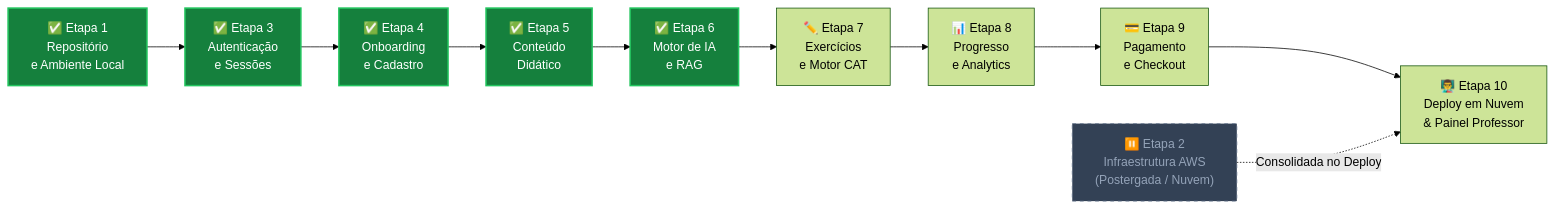
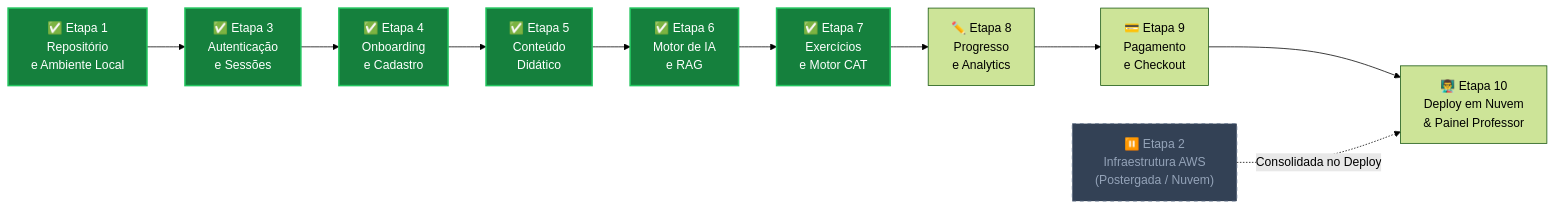
The first of 2 diagrams in docs-site/docs/implementation/index.md (SiadeLucas/Tutor-Inteligente), drawn with Mermaid (forest theme) before and after one commit. The commit also changed other lines of this file and 38 other files, not shown here.

Commit message:
feat: etapa 7 - exercícios

````diff
--- a/docs-site/docs/implementation/index.md
+++ b/docs-site/docs/implementation/index.md
@@ -54,23 +54,24 @@
 ```mermaid
 graph LR
     E1["✅ Etapa 1\nRepositório\ne Ambiente Local"]
     E2["⏸️ Etapa 2\nInfraestrutura AWS\n(Postergada / Nuvem)"]
     E3["✅ Etapa 3\nAutenticação\ne Sessões"]
     E4["✅ Etapa 4\nOnboarding\ne Cadastro"]
     E5["✅ Etapa 5\nConteúdo\nDidático"]
     E6["✅ Etapa 6\nMotor de IA\ne RAG"]
-    E7["✏️ Etapa 7\nExercícios\ne Motor CAT"]
-    E8["📊 Etapa 8\nProgresso\ne Analytics"]
+    E7["✅ Etapa 7\nExercícios\ne Motor CAT"]
+    E8["✏️ Etapa 8\nProgresso\ne Analytics"]
     E9["💳 Etapa 9\nPagamento\ne Checkout"]
     E10["👨‍🏫 Etapa 10\nDeploy em Nuvem\n& Painel Professor"]
 
     E1 --> E3 --> E4 --> E5 --> E6 --> E7 --> E8 --> E9 --> E10
     E2 -.->|Consolidada no Deploy| E10
 
     style E1 fill:#15803d,stroke:#22c55e,stroke-width:2px,color:#fff
     style E2 fill:#334155,stroke:#64748b,stroke-dasharray: 5 5,color:#94a3b8
     style E3 fill:#15803d,stroke:#22c55e,stroke-width:2px,color:#fff
     style E4 fill:#15803d,stroke:#22c55e,stroke-width:2px,color:#fff
     style E5 fill:#15803d,stroke:#22c55e,stroke-width:2px,color:#fff
     style E6 fill:#15803d,stroke:#22c55e,stroke-width:2px,color:#fff
+    style E7 fill:#15803d,stroke:#22c55e,stroke-width:2px,color:#fff
 ```
````
